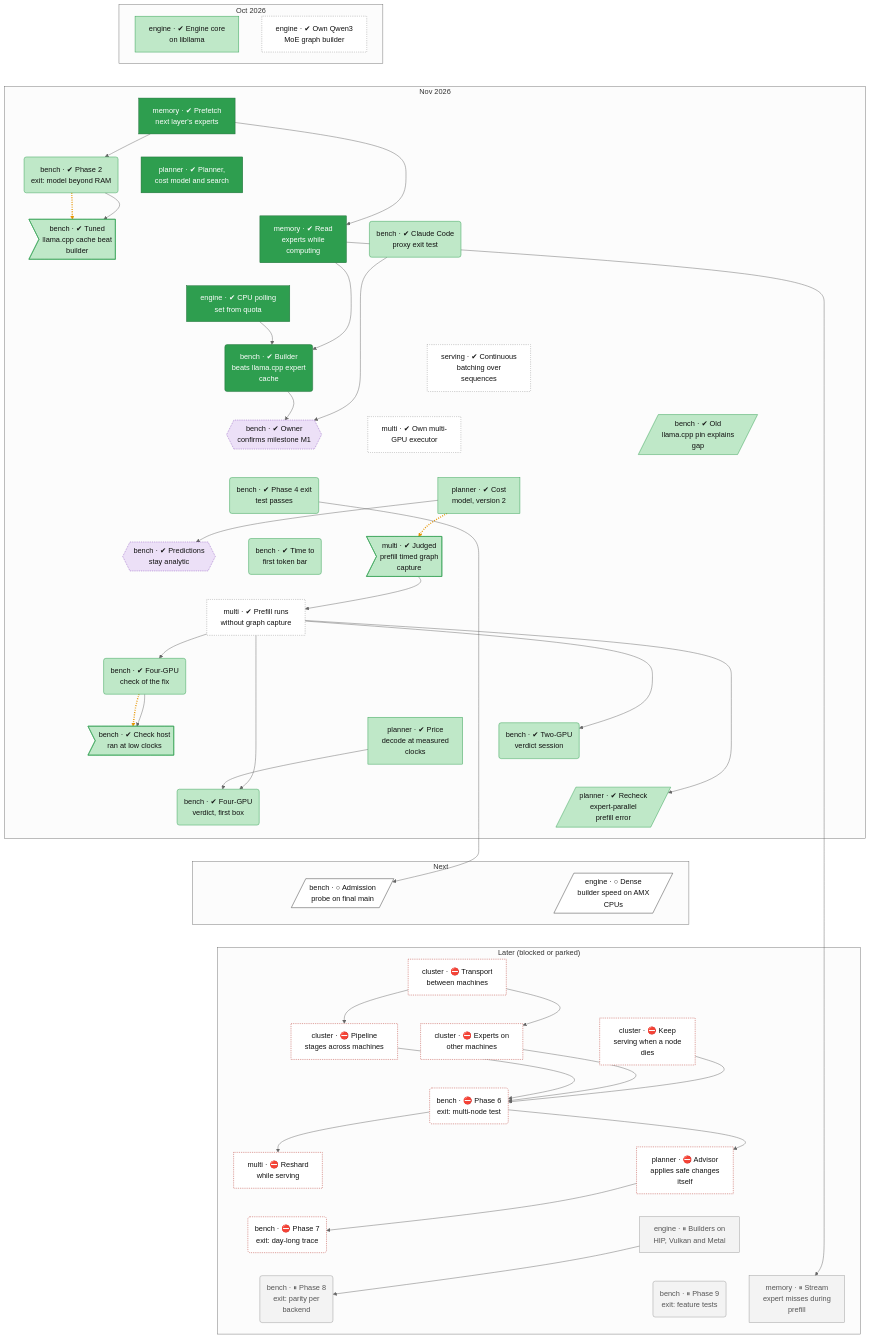
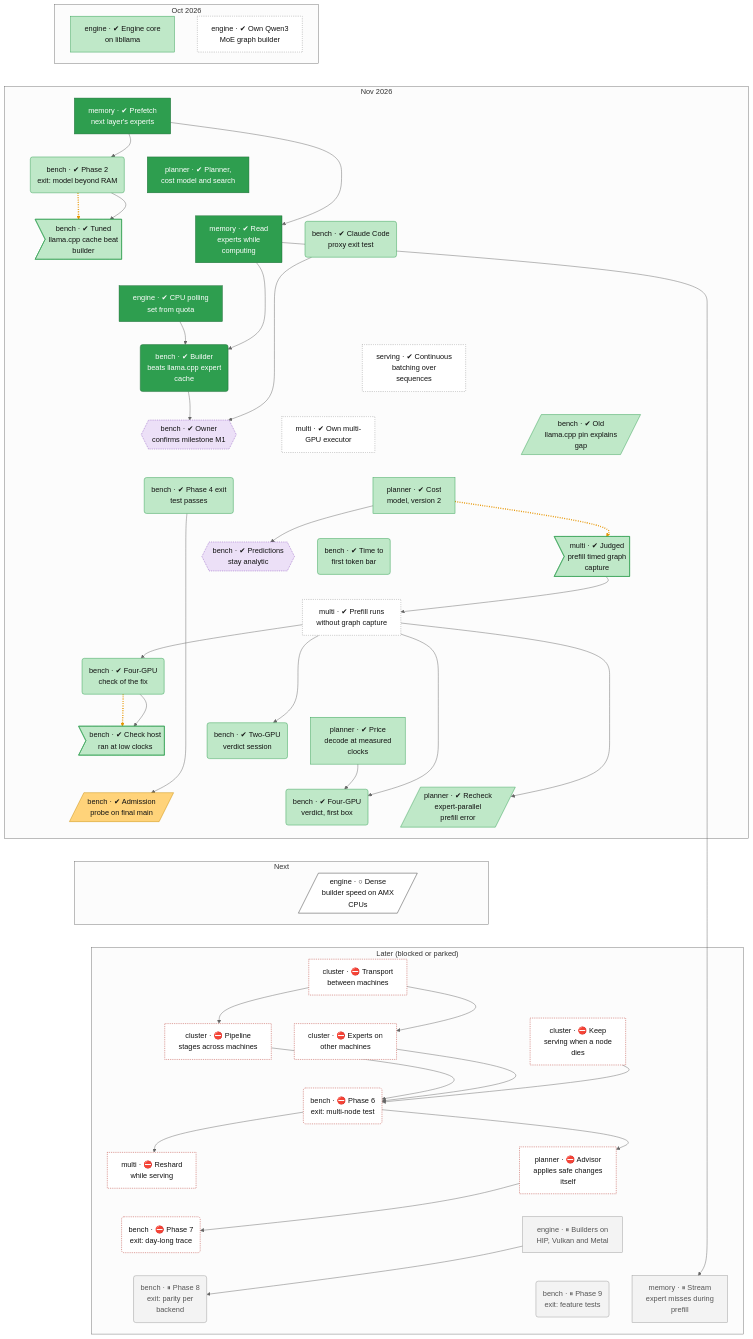
One commit to lhns/tetraeder changed the second of 2 diagrams in docs/roadmap.md. Above: the diagram before and after it, drawn with Mermaid (neutral theme). The commit also changed other lines of this file and 131 other files, not shown here.

Commit message:
d2a-20261121: 8B passes, 30B null on board-limit throttle (box 61874205, host 49107); node bench-d2a-probe done, mixed

````diff
--- a/docs/roadmap.md
+++ b/docs/roadmap.md
@@ -128,11 +128,11 @@
         bench_defect_s3f2_clock>"bench · ✔ Check host<br/>ran at low clocks"]
         bench_v2_verdict("bench · ✔ Two-GPU<br/>verdict session")
         planner_cost_model_v5["planner · ✔ Price<br/>decode at measured<br/>clocks"]
+        bench_d2a_probe[/"bench · ✔ Admission<br/>probe on final main"/]
         bench_v4a_verdict("bench · ✔ Four-GPU<br/>verdict, first box")
         planner_ep_prefill_recheck[/"planner · ✔ Recheck<br/>expert-parallel<br/>prefill error"/]
     end
     subgraph bd_2["Next"]
-        bench_d2a_probe[/"bench · ○ Admission<br/>probe on final main"/]
         engine_dense_amx[/"engine · ○ Dense<br/>builder speed on AMX<br/>CPUs"/]
     end
     subgraph bd_3["Later (blocked or parked)"]
@@ -177,12 +177,12 @@
     bench_s3f2 ~~~ bench_defect_s3f2_clock
     bench_s3f2 ~~~ bench_v2_verdict
     bench_s3f2 ~~~ planner_cost_model_v5
-    bench_defect_s3f2_clock ~~~ bench_v4a_verdict
-    bench_v2_verdict ~~~ planner_ep_prefill_recheck
+    bench_defect_s3f2_clock ~~~ bench_d2a_probe
+    bench_v2_verdict ~~~ bench_v4a_verdict
     planner_cost_model_v5 ~~~ planner_ep_prefill_recheck
-    bench_v4a_verdict ~~~ bench_d2a_probe
+    bench_d2a_probe ~~~ engine_dense_amx
+    bench_v4a_verdict ~~~ engine_dense_amx
     planner_ep_prefill_recheck ~~~ engine_dense_amx
-    bench_d2a_probe ~~~ cluster_transport
     engine_dense_amx ~~~ cluster_transport
     cluster_transport ~~~ cluster_pipeline_nodes
     cluster_transport ~~~ cluster_experts_nodes
@@ -212,10 +212,10 @@
     bench_s3f2 -.-> bench_defect_s3f2_clock
     bench_s3f2 --> bench_defect_s3f2_clock
     multi_prefill_no_capture --> bench_v2_verdict
+    bench_phase4_exit --> bench_d2a_probe
     planner_cost_model_v5 --> bench_v4a_verdict
     multi_prefill_no_capture --> bench_v4a_verdict
     multi_prefill_no_capture --> planner_ep_prefill_recheck
-    bench_phase4_exit --> bench_d2a_probe
     cluster_transport --> cluster_pipeline_nodes
     cluster_transport --> cluster_experts_nodes
     cluster_pipeline_nodes --> bench_phase6_exit
@@ -245,7 +245,8 @@
     class engine_libllama,planner_cost_v2,multi_defect_capture,bench_phase2_exit,bench_defect_tuned_cache,bench_phase3b_proxy,bench_pin_ab,bench_phase4_exit,bench_ttft,bench_s3f2,bench_defect_s3f2_clock,bench_v2_verdict,planner_cost_model_v5,bench_v4a_verdict,planner_ep_prefill_recheck succ
     class engine_cpu_poll,memory_prefetch,memory_io_service,planner_core,bench_m1_point1 vsucc
     class bench_owner_m1,bench_owner_analytic decided
-    class bench_d2a_probe,engine_dense_amx next
+    class bench_d2a_probe mixed
     class cluster_transport,cluster_pipeline_nodes,cluster_experts_nodes,cluster_failover,bench_phase6_exit,multi_live_reshard,planner_advisor_auto,bench_phase7_exit blocked
     class engine_backend_parity,bench_phase8_exit,bench_phase9_exit,memory_prefill_misses parked
+    class engine_dense_amx next
 ```
````
